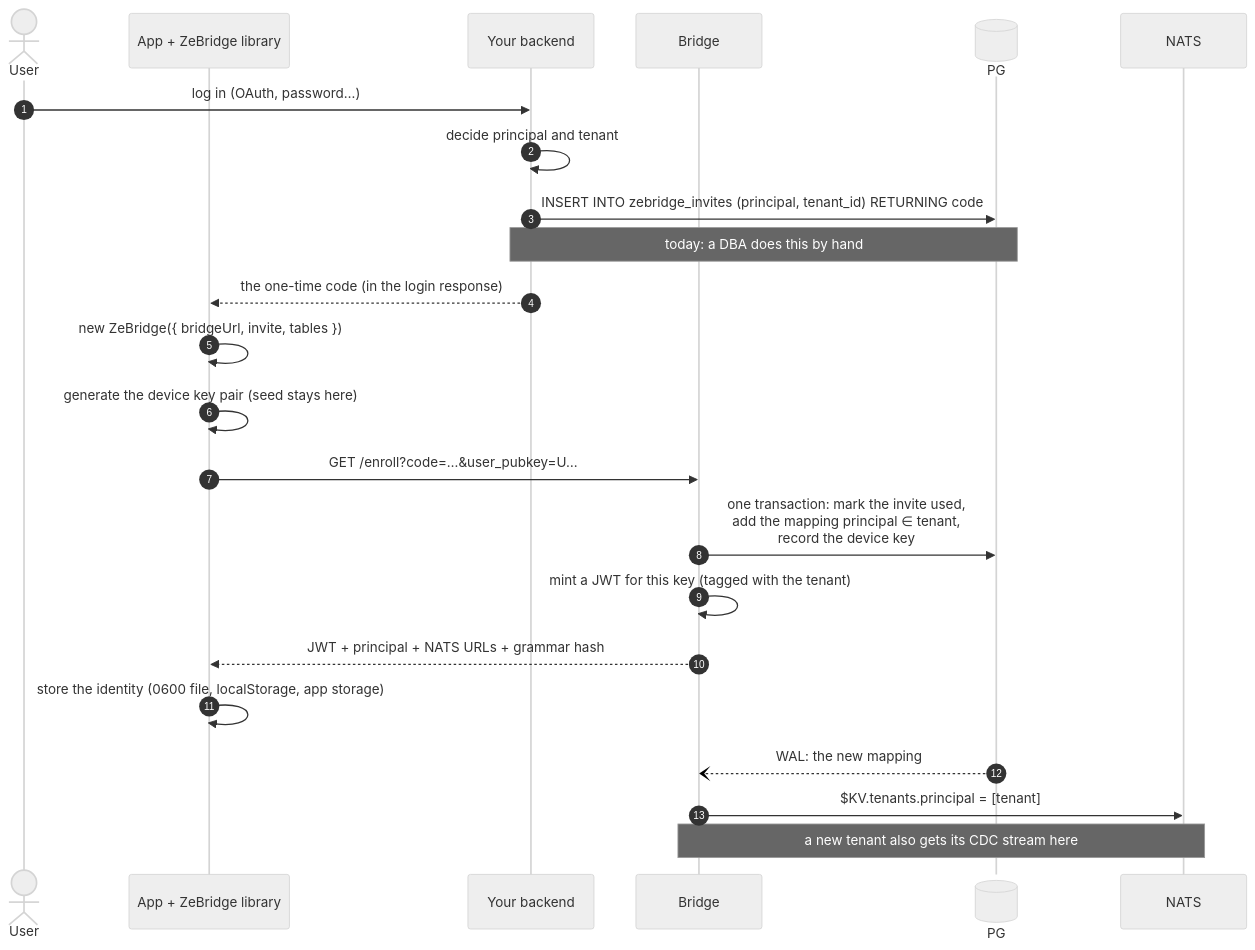
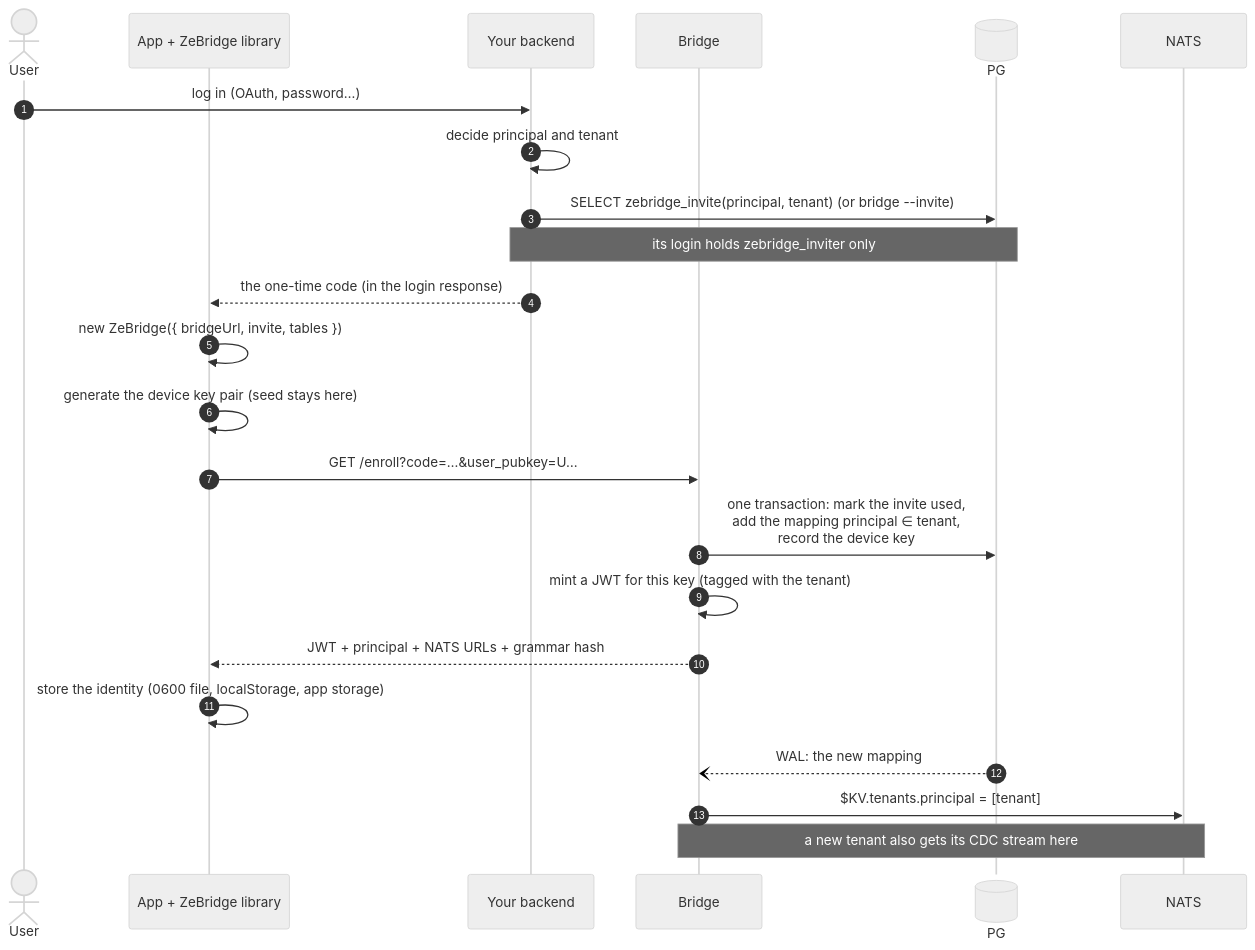
The third of 4 diagrams in README.md (ndrean/ZeBridge), drawn with Mermaid (neutral theme) before and after one commit. The commit also changed other lines of this file and 11 other files, not shown here.

First line of the commit message:
bridge --invite and the zebridge_inviter role: invites without the admin

````diff
--- a/README.md
+++ b/README.md
@@ -1342,28 +1346,28 @@
 ```mermaid
 sequenceDiagram
     autonumber
     actor U as User
     participant A as App + ZeBridge library
     participant BE as Your backend
     participant B as Bridge
     participant PG@{ "type" : "database" }
     participant N as NATS
 
     U->>BE: log in (OAuth, password…)
     BE->>BE: decide principal and tenant
-    BE->>PG: INSERT INTO zebridge_invites (principal, tenant_id) RETURNING code
-    Note over BE,PG: today: a DBA does this by hand
+    BE->>PG: SELECT zebridge_invite(principal, tenant) (or bridge --invite)
+    Note over BE,PG: its login holds zebridge_inviter only
     BE-->>A: the one-time code (in the login response)
 
     A->>A: new ZeBridge({ bridgeUrl, invite, tables })
     A->>A: generate the device key pair (seed stays here)
     A->>B: GET /enroll?code=…&user_pubkey=U…
     B->>PG: one transaction: mark the invite used,<br/>add the mapping principal ∈ tenant,<br/>record the device key
     B->>B: mint a JWT for this key (tagged with the tenant)
     B-->>A: JWT + principal + NATS URLs + grammar hash
     A->>A: store the identity (0600 file, localStorage, app storage)
 
     PG--)B: WAL: the new mapping
     B->>N: $KV.tenants.principal = [tenant]
     Note over B,N: a new tenant also gets its CDC stream here
 ```
````
